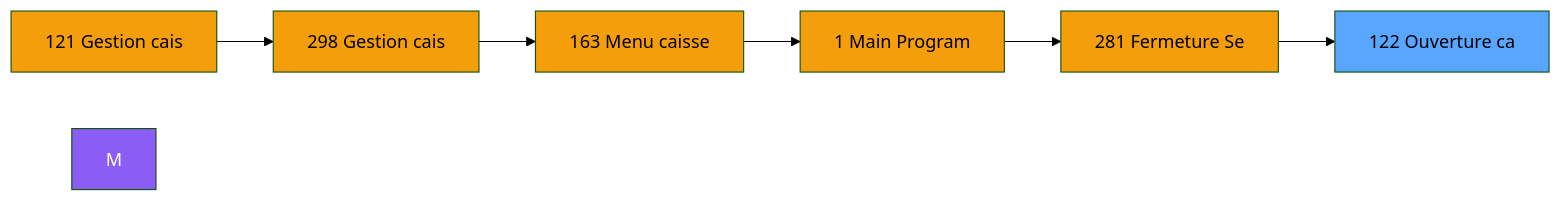
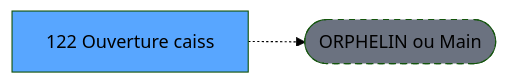
One commit to thonyAGP/lecteur-magic changed the second of 3 diagrams in .openspec/renders/ADH-IDE-122.md. Above: the diagram before and after it, drawn with Mermaid (forest theme). The commit also changed other lines of this file and 701 other files, not shown here.

````diff
--- a/.openspec/renders/ADH-IDE-122.md
+++ b/.openspec/renders/ADH-IDE-122.md
@@ -115,21 +119,8 @@
 ```mermaid
 graph LR
-    N121[121 Gestion cais]
-    N298[298 Gestion cais]
-    N163[163 Menu caisse ]
-    N1[1 Main Program]
-    N281[281 Fermeture Se]
-    T[122 Ouverture ca]
-    N121 --> N298
-    N298 --> N163
-    N163 --> N1
-    N1 --> N281
-    N281 --> T
-    style M fill:#8b5cf6,color:#fff
-    style N121 fill:#f59e0b
-    style N298 fill:#f59e0b
-    style N163 fill:#f59e0b
-    style N1 fill:#f59e0b
-    style N281 fill:#f59e0b
+    T[122 Ouverture caiss]
+    ORPHAN([ORPHELIN ou Main])
+    T -.-> ORPHAN
     style T fill:#58a6ff,color:#000
+    style ORPHAN fill:#6b7280,stroke-dasharray: 5 5
 ```
````
